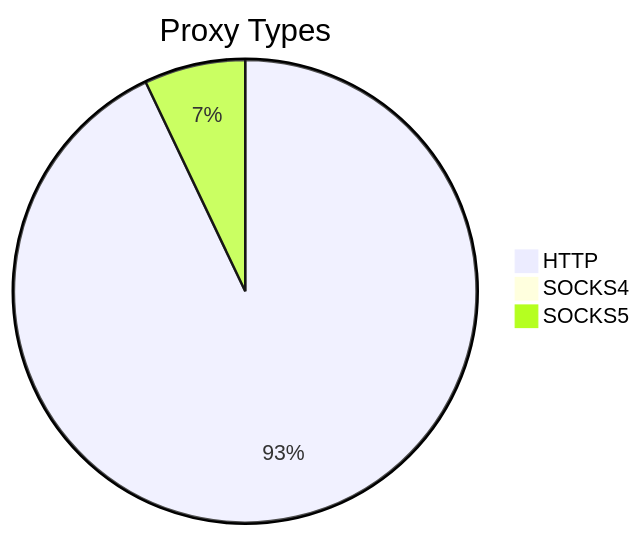
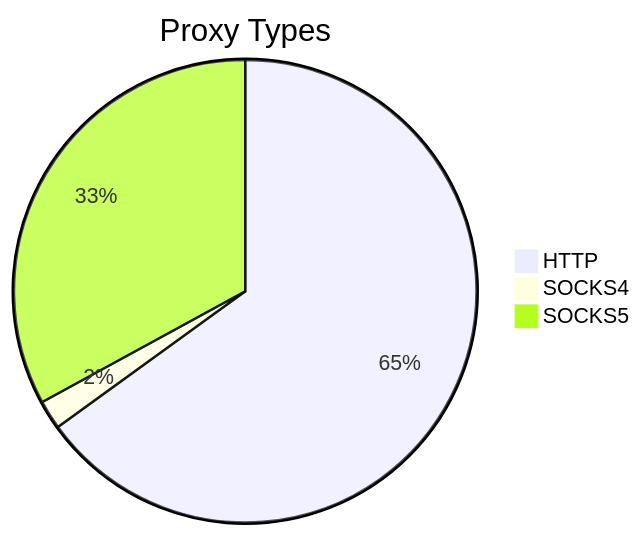
The first of 2 diagrams in README.md (stormsia/proxy-list), drawn with Mermaid before and after one commit. The commit also changed other lines of this file, not shown here.

````diff
--- a/README.md
+++ b/README.md
@@ -21,6 +21,6 @@
 ```mermaid
 pie title Proxy Types
-    "HTTP" : 1577
-    "SOCKS4" : 4
-    "SOCKS5" : 120
+    "HTTP" : 1411
+    "SOCKS4" : 44
+    "SOCKS5" : 715
 ```
````
